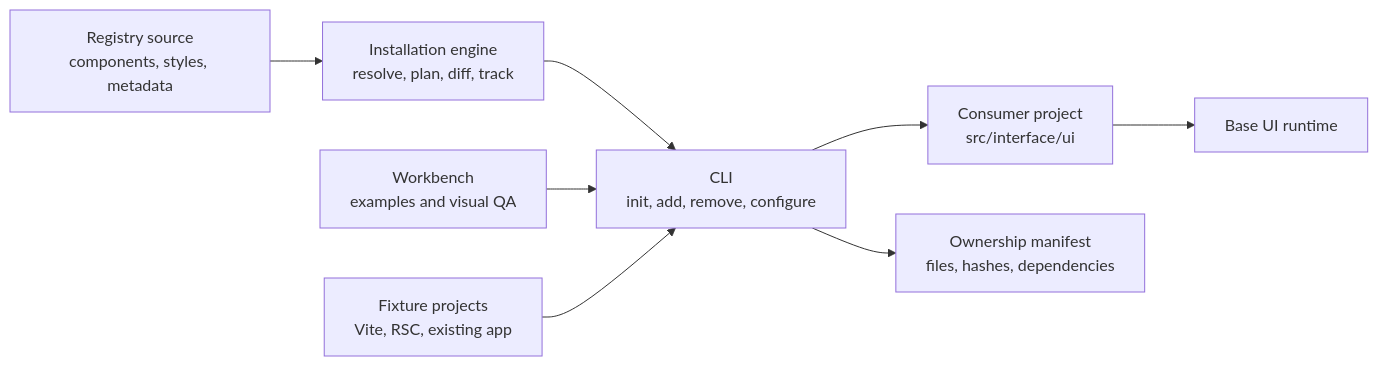
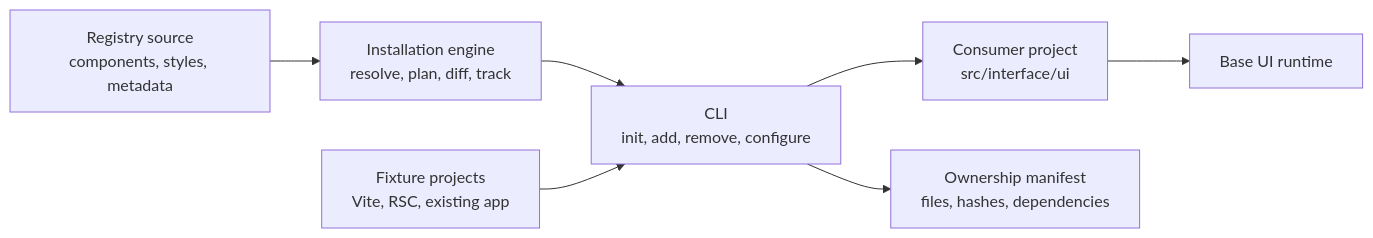
One commit to Lungren2/frontend-lib changed the diagram in PLAN.md. Above: the diagram before and after it, drawn with Mermaid. The commit also changed other lines of this file and 103 other files, not shown here.

````diff
--- a/PLAN.md
+++ b/PLAN.md
@@ -134,10 +129,9 @@
 ```mermaid
 flowchart LR
     Registry["Registry source\ncomponents, styles, metadata"] --> Engine["Installation engine\nresolve, plan, diff, track"]
     Engine --> CLI["CLI\ninit, add, remove, configure"]
     CLI --> Consumer["Consumer project\nsrc/interface/ui"]
     CLI --> Manifest["Ownership manifest\nfiles, hashes, dependencies"]
-    Workbench["Workbench\nexamples and visual QA"] --> CLI
     Tests["Fixture projects\nVite, RSC, existing app"] --> CLI
     Consumer --> BaseUI["Base UI runtime"]
 ```
````
